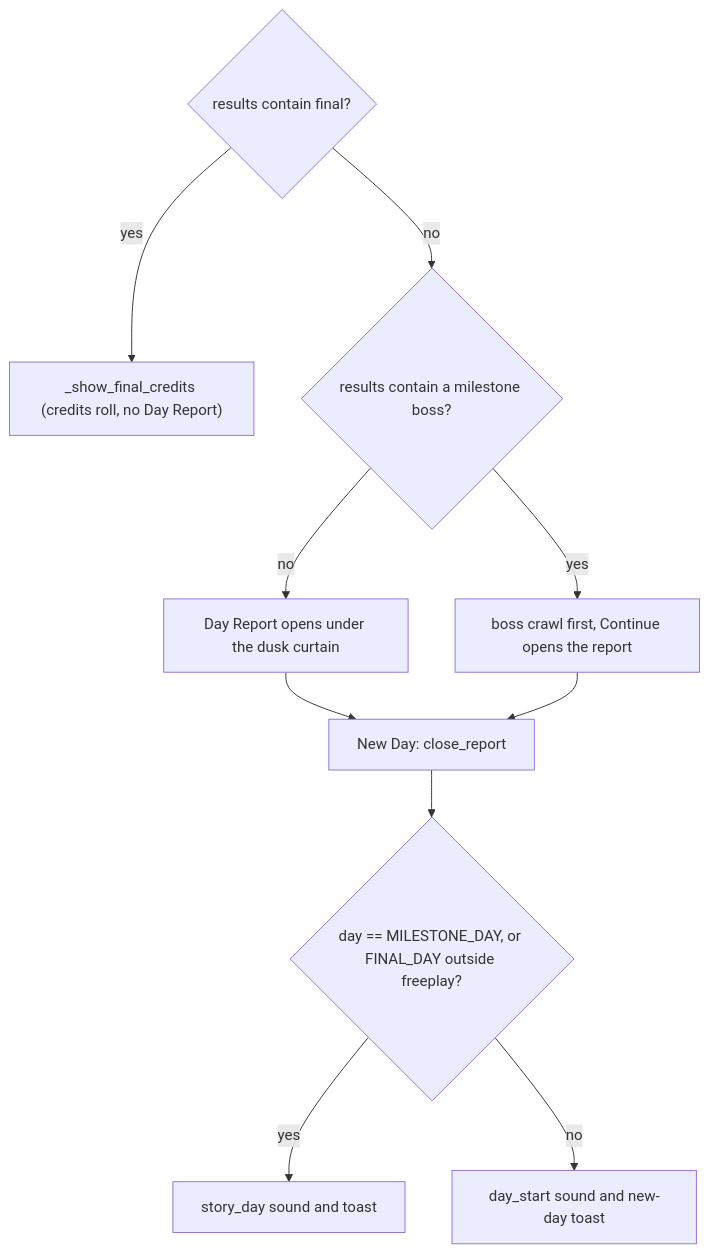
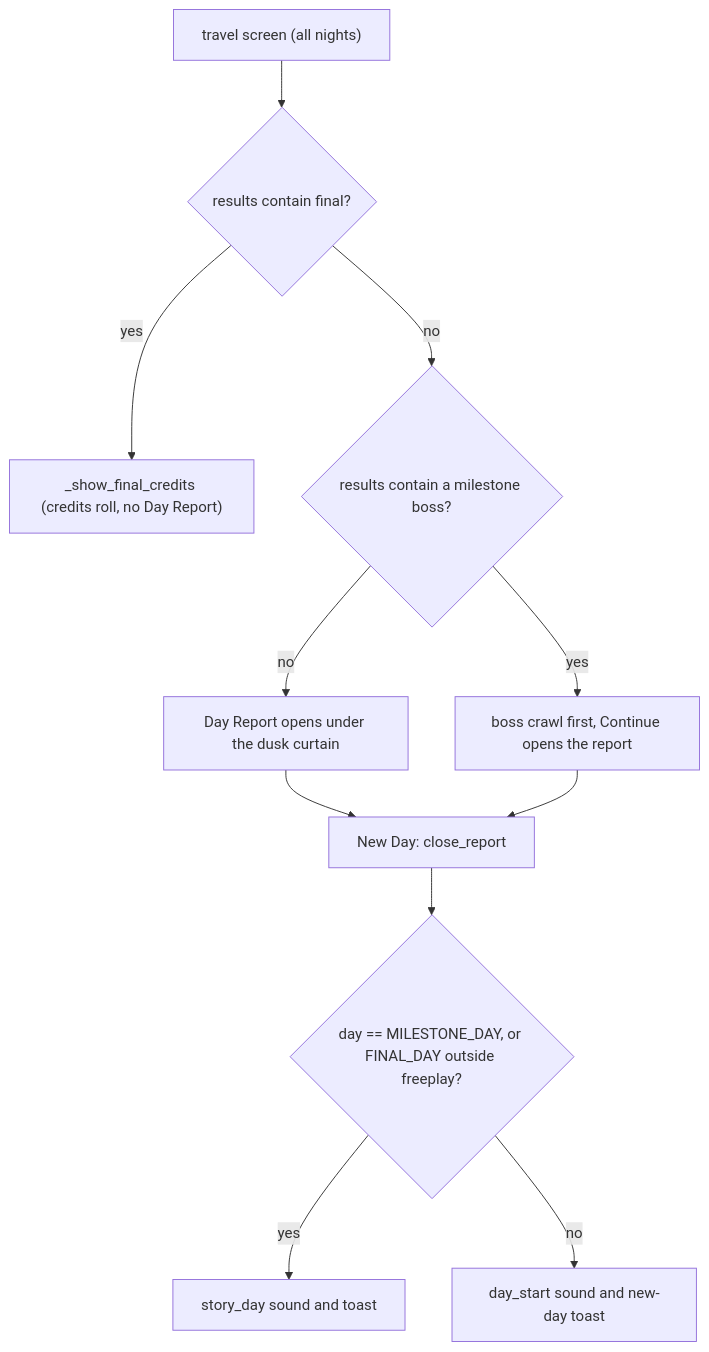
Before and after one commit to ActuallySanta/Fantasy-Guild-Manager: the third of 3 diagrams in Docs/vault/Systems/Day Cycle.md, drawn with Mermaid. The commit also changed other lines of this file and 15 other files, not shown here.

````diff
--- a/Docs/vault/Systems/Day Cycle.md
+++ b/Docs/vault/Systems/Day Cycle.md
@@ -82,12 +87,13 @@
 ```mermaid
 flowchart TD
-  A{"results contain final?"} -- yes --> B["_show_final_credits (credits roll, no Day Report)"]
+  Q["travel screen (all nights)"] --> A{"results contain final?"}
+  A -- yes --> B["_show_final_credits (credits roll, no Day Report)"]
   A -- no --> C{"results contain a milestone boss?"}
   C -- yes --> D["boss crawl first, Continue opens the report"]
   C -- no --> E["Day Report opens under the dusk curtain"]
   E --> F["New Day: close_report"]
   D --> F
   F --> G{"day == MILESTONE_DAY, or FINAL_DAY outside freeplay?"}
   G -- yes --> H["story_day sound and toast"]
   G -- no --> I["day_start sound and new-day toast"]
 ```
````
